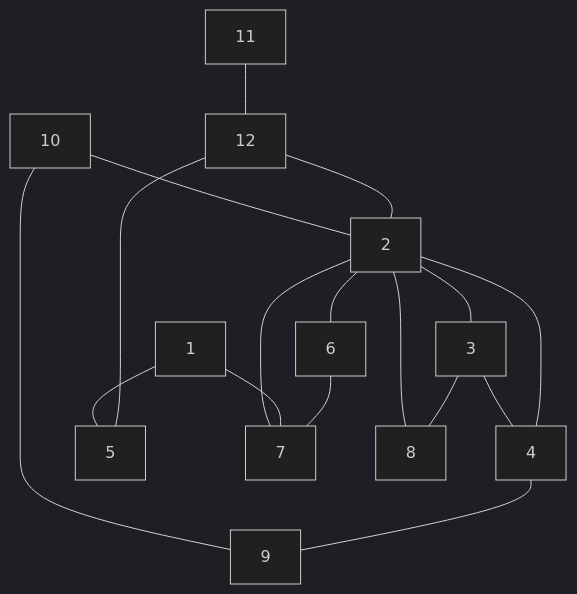
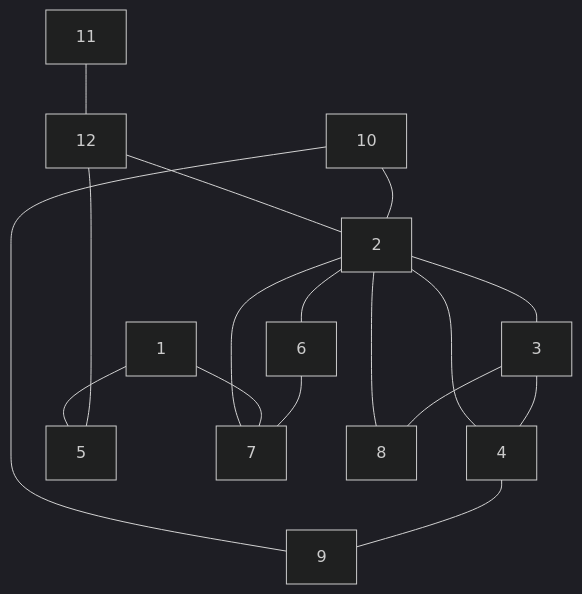
One commit to antononcube/Raku-Graph changed the diagram in README.md. Above: the diagram before and after it, drawn with Mermaid (dark theme). The commit also changed other lines of this file and 1 other file, not shown here.

````diff
--- a/README.md
+++ b/README.md
@@ -157,19 +157,19 @@
 ```mermaid
 graph TD
+2 --- 6
+6 --- 7
+3 --- 4
+2 --- 4
+4 --- 9
+10 --- 2
+10 --- 9
 12 --- 5
 1 --- 5
-4 --- 9
-2 --- 4
-3 --- 4
 3 --- 8
 2 --- 8
-2 --- 3
-6 --- 7
 1 --- 7
 2 --- 7
+2 --- 3
 11 --- 12
 12 --- 2
-10 --- 2
-2 --- 6
-10 --- 9
 ```
````
